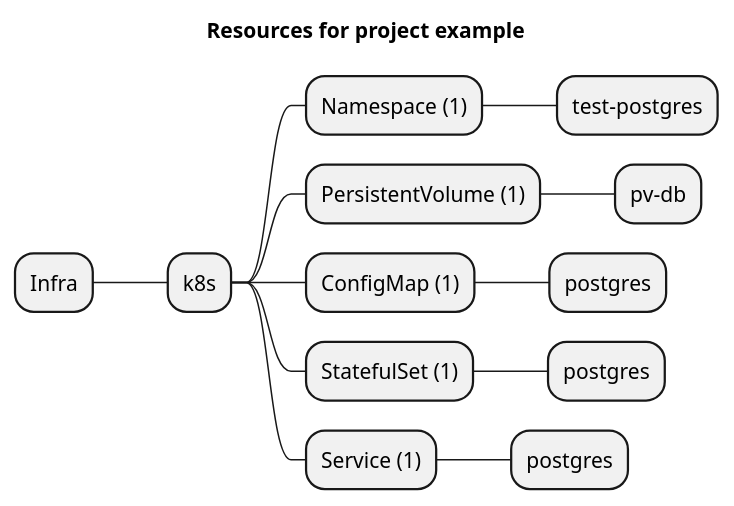
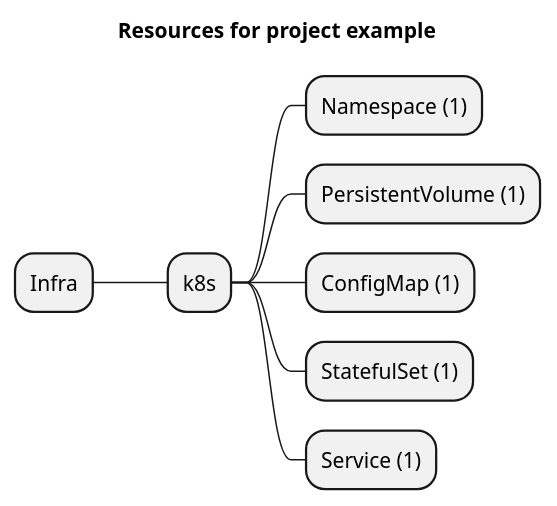
One commit to grucloud/grucloud changed the diagram in packages/modules/k8s/postgres/example/artifacts/resources-mindmap.puml. Above: the diagram before and after it, drawn with PlantUML. The commit also changed 31 other files, not shown here.

```diff
--- a/packages/modules/k8s/postgres/example/artifacts/resources-mindmap.puml
+++ b/packages/modules/k8s/postgres/example/artifacts/resources-mindmap.puml
@@ -1,16 +1,11 @@
 @startmindmap
 title Resources for project example
 skinparam monochrome true
 + Infra
 ++ k8s
 +++ Namespace (1)
-++++ test-postgres
 +++ PersistentVolume (1)
-++++ pv-db
 +++ ConfigMap (1)
-++++ postgres
 +++ StatefulSet (1)
-++++ postgres
 +++ Service (1)
-++++ postgres
 @endmindmap
```
